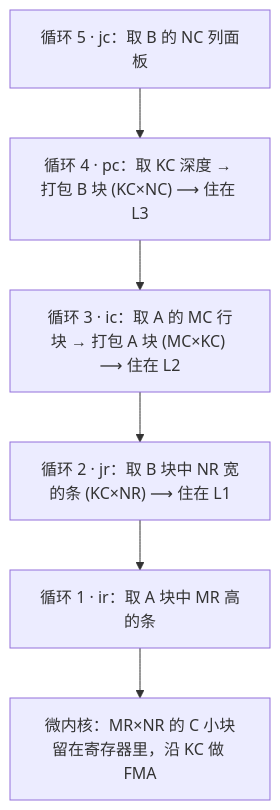
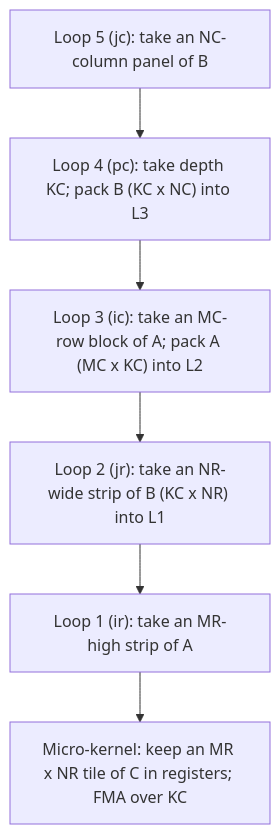
Before and after one commit to MiniYuanBot/mlsys-foundations: the second of 3 diagrams in course/lectures/L0-tensor-runtime.md, drawn with Mermaid. The commit also changed other lines of this file and 31 other files, not shown here.

````diff
--- a/course/lectures/L0-tensor-runtime.md
+++ b/course/lectures/L0-tensor-runtime.md
@@ -325,8 +329,8 @@
 ```mermaid
 flowchart TB
-  L5["循环 5 · jc：取 B 的 NC 列面板"] --> L4["循环 4 · pc：取 KC 深度 → 打包 B 块 (KC×NC) ⟶ 住在 L3"]
-  L4 --> L3["循环 3 · ic：取 A 的 MC 行块 → 打包 A 块 (MC×KC) ⟶ 住在 L2"]
-  L3 --> L2["循环 2 · jr：取 B 块中 NR 宽的条 (KC×NR) ⟶ 住在 L1"]
-  L2 --> L1["循环 1 · ir：取 A 块中 MR 高的条"]
-  L1 --> MK["微内核：MR×NR 的 C 小块留在寄存器里，沿 KC 做 FMA"]
+  L5["Loop 5 (jc): take an NC-column panel of B"] --> L4["Loop 4 (pc): take depth KC; pack B (KC x NC) into L3"]
+  L4 --> L3["Loop 3 (ic): take an MC-row block of A; pack A (MC x KC) into L2"]
+  L3 --> L2["Loop 2 (jr): take an NR-wide strip of B (KC x NR) into L1"]
+  L2 --> L1["Loop 1 (ir): take an MR-high strip of A"]
+  L1 --> MK["Micro-kernel: keep an MR x NR tile of C in registers; FMA over KC"]
 ```
````
